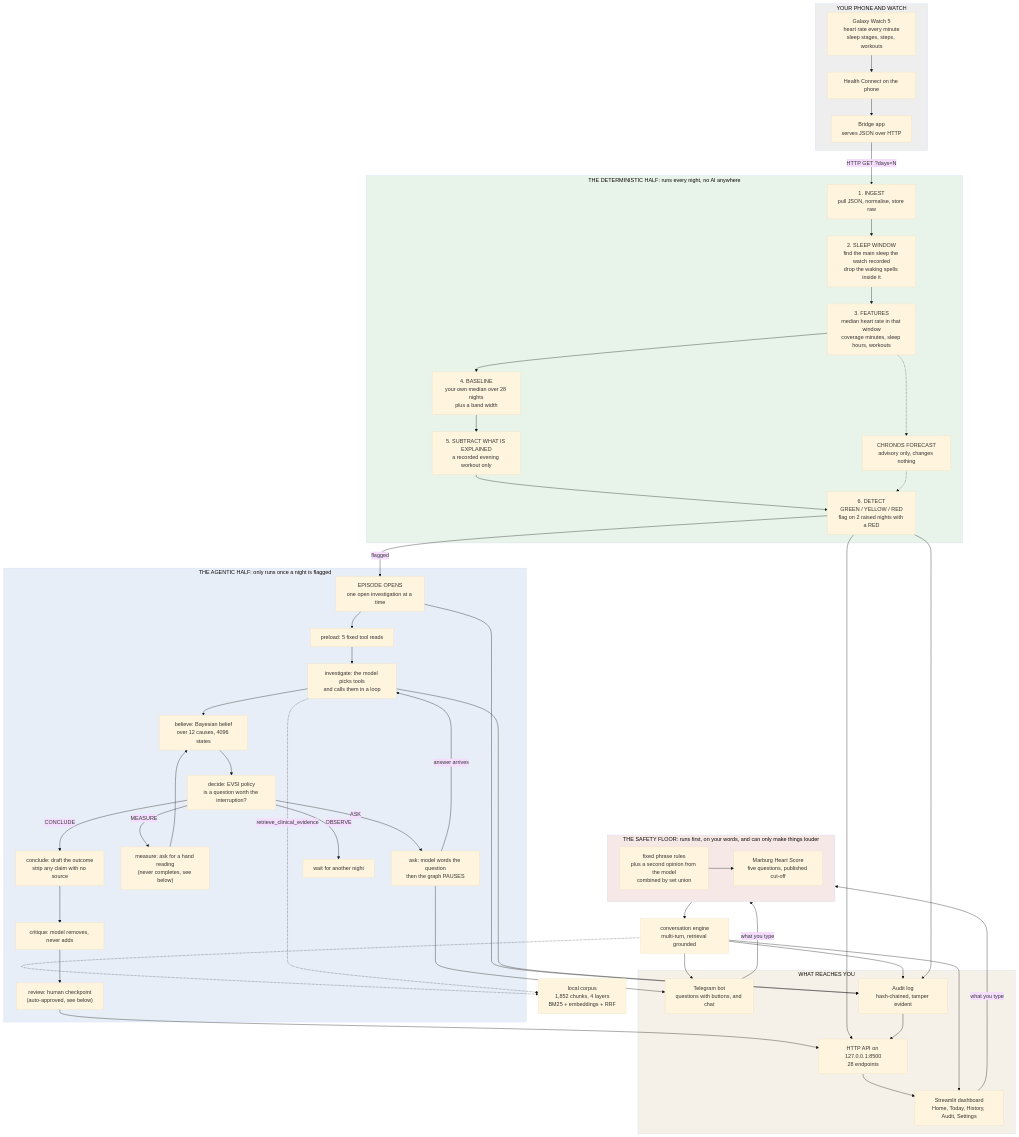
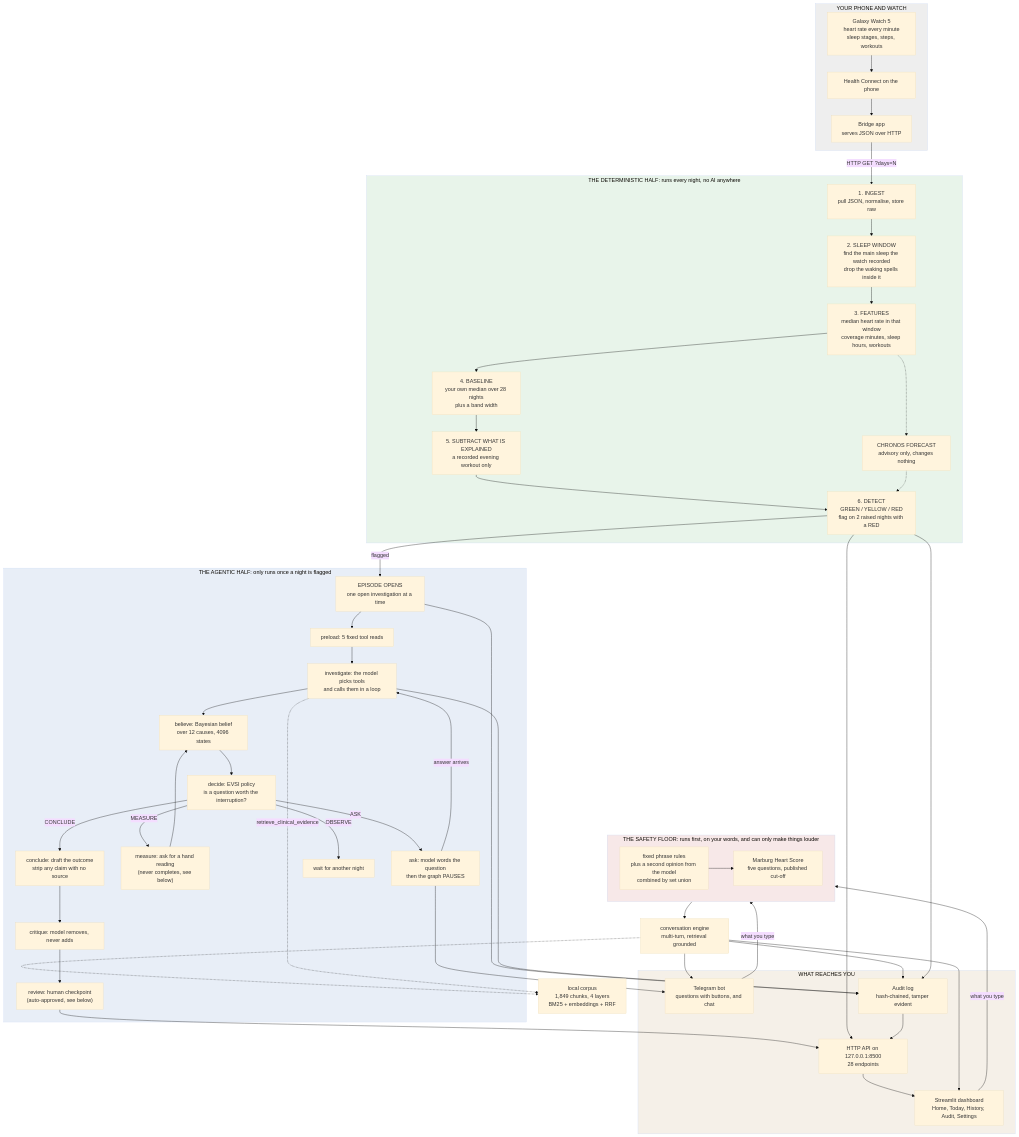
Before and after one commit to NatBrian/wearable-health-agent: the first of 11 diagrams in docs/ARCHITECTURE.md, drawn with Mermaid (base theme). The commit also changed other lines of this file and 4 other files, not shown here.

````diff
--- a/docs/ARCHITECTURE.md
+++ b/docs/ARCHITECTURE.md
@@ -31,80 +31,80 @@
 ```mermaid
 flowchart TB
     subgraph PHONE["YOUR PHONE AND WATCH"]
         W["Galaxy Watch 5<br/>heart rate every minute<br/>sleep stages, steps, workouts"]
         HC["Health Connect on the phone"]
         BR["Bridge app<br/>serves JSON over HTTP"]
         W --> HC --> BR
     end
 
     subgraph DET["THE DETERMINISTIC HALF: runs every night, no AI anywhere"]
         ING["1. INGEST<br/>pull JSON, normalise, store raw"]
         WIN["2. SLEEP WINDOW<br/>find the main sleep the watch recorded<br/>drop the waking spells inside it"]
         FEA["3. FEATURES<br/>median heart rate in that window<br/>coverage minutes, sleep hours, workouts"]
         BASE["4. BASELINE<br/>your own median over 28 nights<br/>plus a band width"]
         EXPL["5. SUBTRACT WHAT IS EXPLAINED<br/>a recorded evening workout only"]
         DETECT["6. DETECT<br/>GREEN / YELLOW / RED<br/>flag on 2 raised nights with a RED"]
         FC["CHRONOS FORECAST<br/>advisory only, changes nothing"]
         ING --> WIN --> FEA --> BASE --> EXPL --> DETECT
         FEA -.-> FC -.-> DETECT
     end
 
     subgraph AG["THE AGENTIC HALF: only runs once a night is flagged"]
         EP["EPISODE OPENS<br/>one open investigation at a time"]
         PRE["preload: 5 fixed tool reads"]
         INV["investigate: the model picks tools<br/>and calls them in a loop"]
         BEL["believe: Bayesian belief<br/>over 12 causes, 4096 states"]
         DEC["decide: EVSI policy<br/>is a question worth the interruption?"]
         ASK["ask: model words the question<br/>then the graph PAUSES"]
         MEAS["measure: ask for a hand reading<br/>(never completes, see below)"]
         CON["conclude: draft the outcome<br/>strip any claim with no source"]
         CRI["critique: model removes, never adds"]
         REV["review: human checkpoint<br/>(auto-approved, see below)"]
         EP --> PRE --> INV --> BEL --> DEC
         DEC -->|ASK| ASK
         DEC -->|MEASURE| MEAS
         DEC -->|OBSERVE| WAIT["wait for another night"]
         DEC -->|CONCLUDE| CON
         ASK -->|answer arrives| INV
         MEAS --> BEL
         CON --> CRI --> REV
     end
 
     subgraph SAFE["THE SAFETY FLOOR: runs first, on your words, and can only make things louder"]
         FLOOR["fixed phrase rules<br/>plus a second opinion from the model<br/>combined by set union"]
         TRI["Marburg Heart Score<br/>five questions, published cut-off"]
         FLOOR --> TRI
     end
 
     subgraph OUT["WHAT REACHES YOU"]
         API["HTTP API on 127.0.0.1:8500<br/>28 endpoints"]
         DASH["Streamlit dashboard<br/>Home, Today, History, Audit, Settings"]
         TG["Telegram bot<br/>questions with buttons, and chat"]
         AUD["Audit log<br/>hash-chained, tamper evident"]
     end
 
     BR -->|"HTTP GET ?days=N"| ING
     DETECT -->|"flagged"| EP
     ASK --> TG
     REV --> API
     DETECT --> API
     API --> DASH
     TG -->|"what you type"| SAFE
     DASH -->|"what you type"| SAFE
     SAFE --> CONV["conversation engine<br/>multi-turn, retrieval grounded"]
     CONV --> TG
     CONV --> DASH
-    INV -.->|"retrieve_clinical_evidence"| RAG["local corpus<br/>1,852 chunks, 4 layers<br/>BM25 + embeddings + RRF"]
+    INV -.->|"retrieve_clinical_evidence"| RAG["local corpus<br/>1,849 chunks, 4 layers<br/>BM25 + embeddings + RRF"]
     CONV -.-> RAG
     EP --> AUD
     INV --> AUD
     CONV --> AUD
     DETECT --> AUD
     AUD --> API
 
     style DET fill:#e8f4ea
     style AG fill:#e8eef7
     style SAFE fill:#f7e8e8
     style OUT fill:#f5f0e8
     style PHONE fill:#eeeeee
 ```
````
